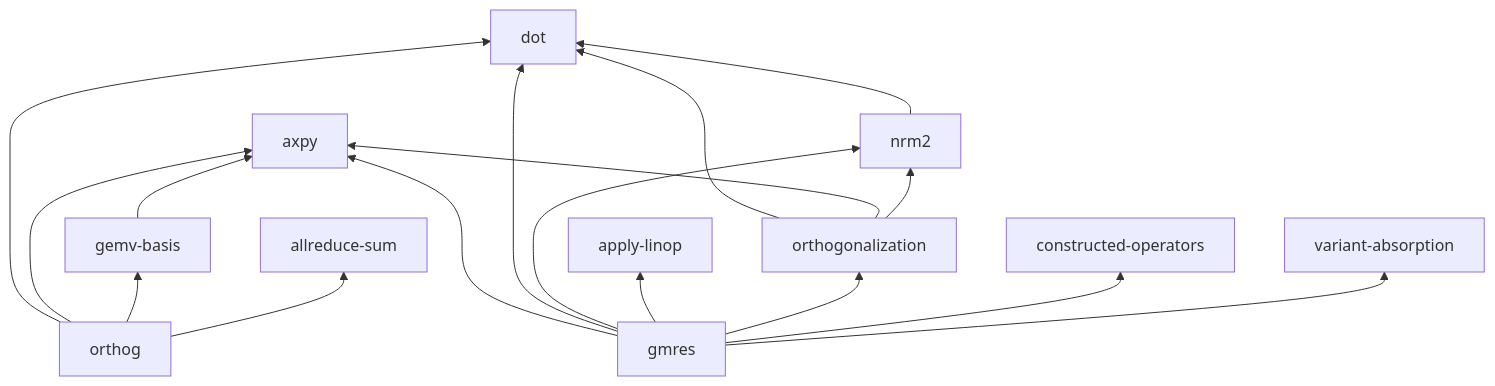
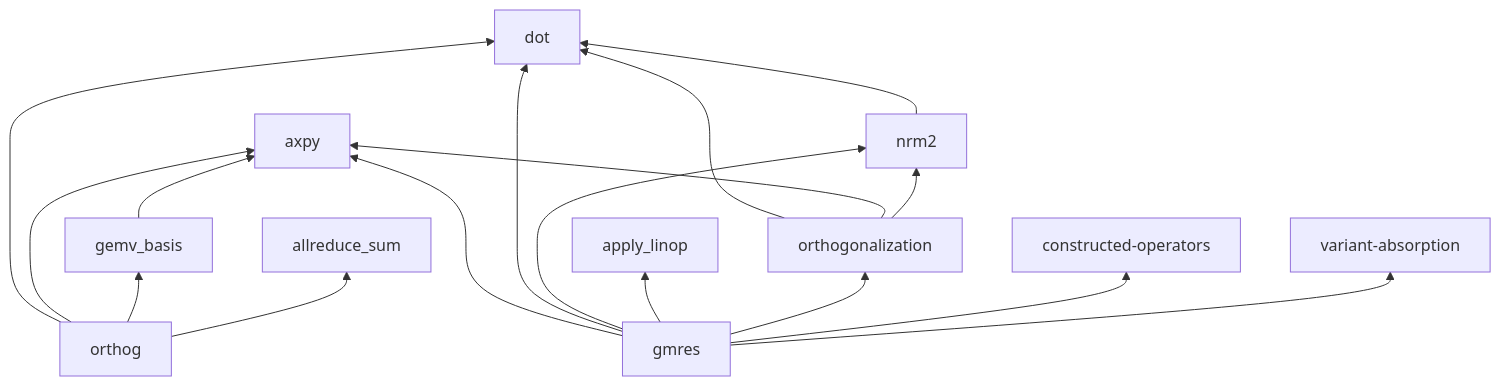
One commit to crutcher/palace_whiteroom changed the third of 3 diagrams in book/src/concepts/dependency-map.md. Above: the diagram before and after it, drawn with Mermaid. The commit also changed 12 other files, not shown here.

````diff
--- a/book/src/concepts/dependency-map.md
+++ b/book/src/concepts/dependency-map.md
@@ -46,19 +46,19 @@
 ```mermaid
 graph BT
   orthog --> dot
   orthog --> axpy
-  orthog --> gemv-basis
-  orthog --> allreduce-sum
-  gemv-basis --> axpy
+  orthog --> gemv_basis
+  orthog --> allreduce_sum
+  gemv_basis --> axpy
   nrm2 --> dot
   orthogonalization --> dot
   orthogonalization --> axpy
   orthogonalization --> nrm2
   gmres --> axpy
   gmres --> dot
   gmres --> nrm2
-  gmres --> apply-linop
+  gmres --> apply_linop
   gmres --> orthogonalization
   gmres --> constructed-operators
   gmres --> variant-absorption
 ```
````
